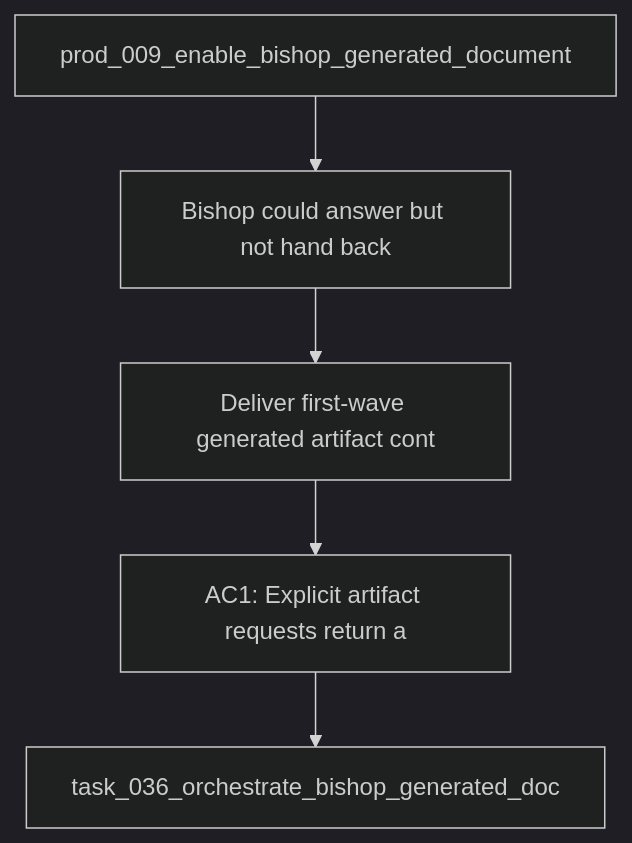
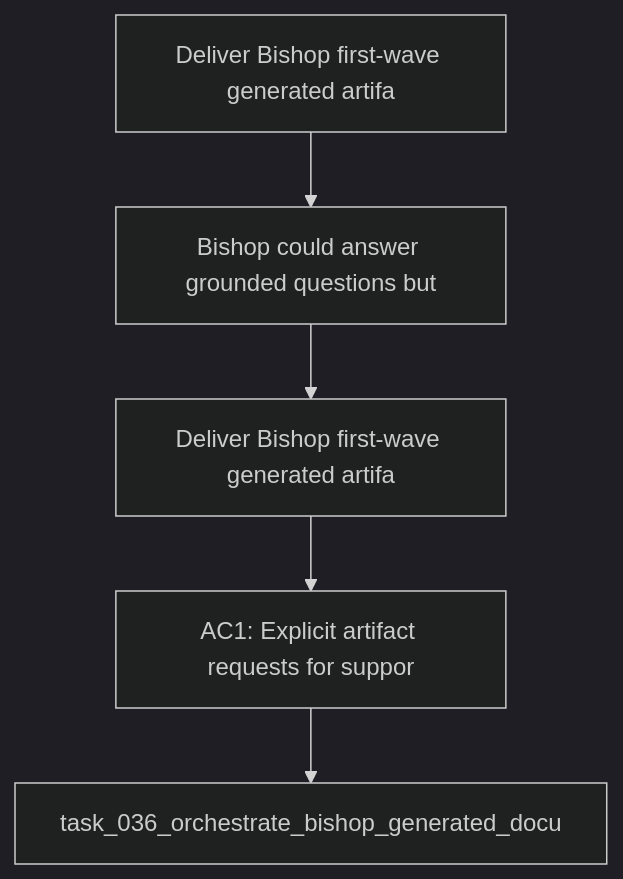
The diagram in logics/backlog/item_068_deliver_bishop_first_wave_generated_artifact_contract.md (AlexAgo83/deepvault), drawn with Mermaid (dark theme) before and after one commit. The commit also changed 36 other files, not shown here.

````diff
--- a/logics/backlog/item_068_deliver_bishop_first_wave_generated_artifact_contract.md
+++ b/logics/backlog/item_068_deliver_bishop_first_wave_generated_artifact_contract.md
@@ -22,9 +22,9 @@
 ```mermaid
 %% logics-kind: backlog
 %% logics-signature: backlog|deliver-bishop-first-wave-generated-arti|deliver-bishop-first-wave-generated-arti|bishop-could-answer-grounded-questions-b|ac1-explicit-artifact-requests-for-suppo
 flowchart TD
-    Product[prod_009_enable_bishop_generated_document] --> Problem[Bishop could answer but not hand back]
-    Problem --> Scope[Deliver first-wave generated artifact cont]
-    Scope --> Acceptance[AC1: Explicit artifact requests return a]
-    Acceptance --> Tasks[task_036_orchestrate_bishop_generated_doc]
+    Request[Deliver Bishop first-wave generated artifa] --> Problem[Bishop could answer grounded questions but]
+    Problem --> Scope[Deliver Bishop first-wave generated artifa]
+    Scope --> Acceptance[AC1: Explicit artifact requests for suppor]
+    Acceptance --> Tasks[task_036_orchestrate_bishop_generated_docu]
 ```
````
